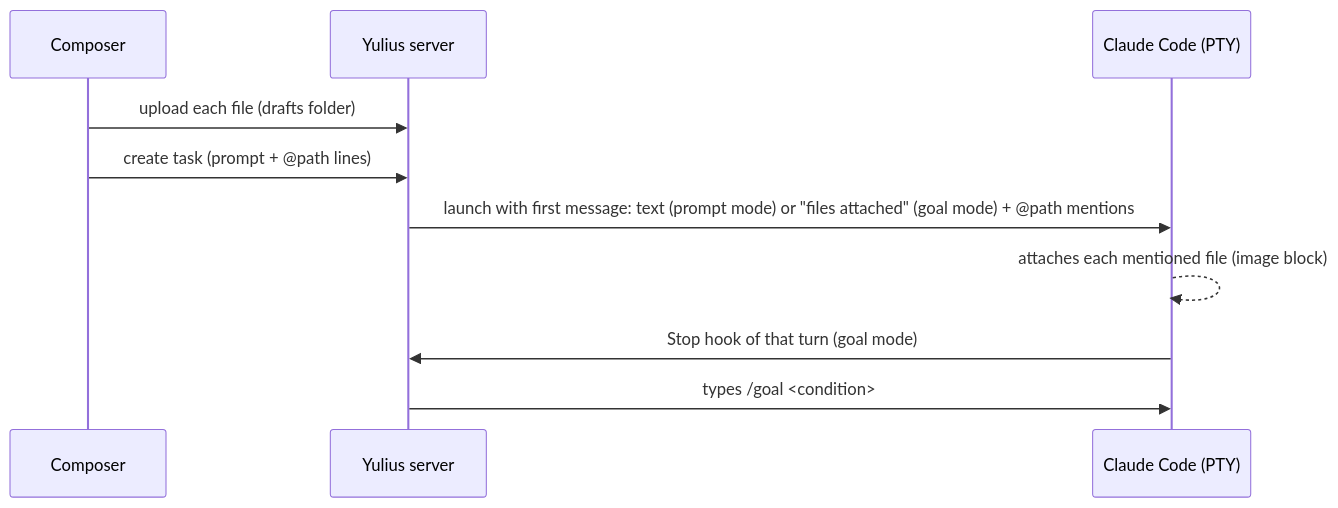
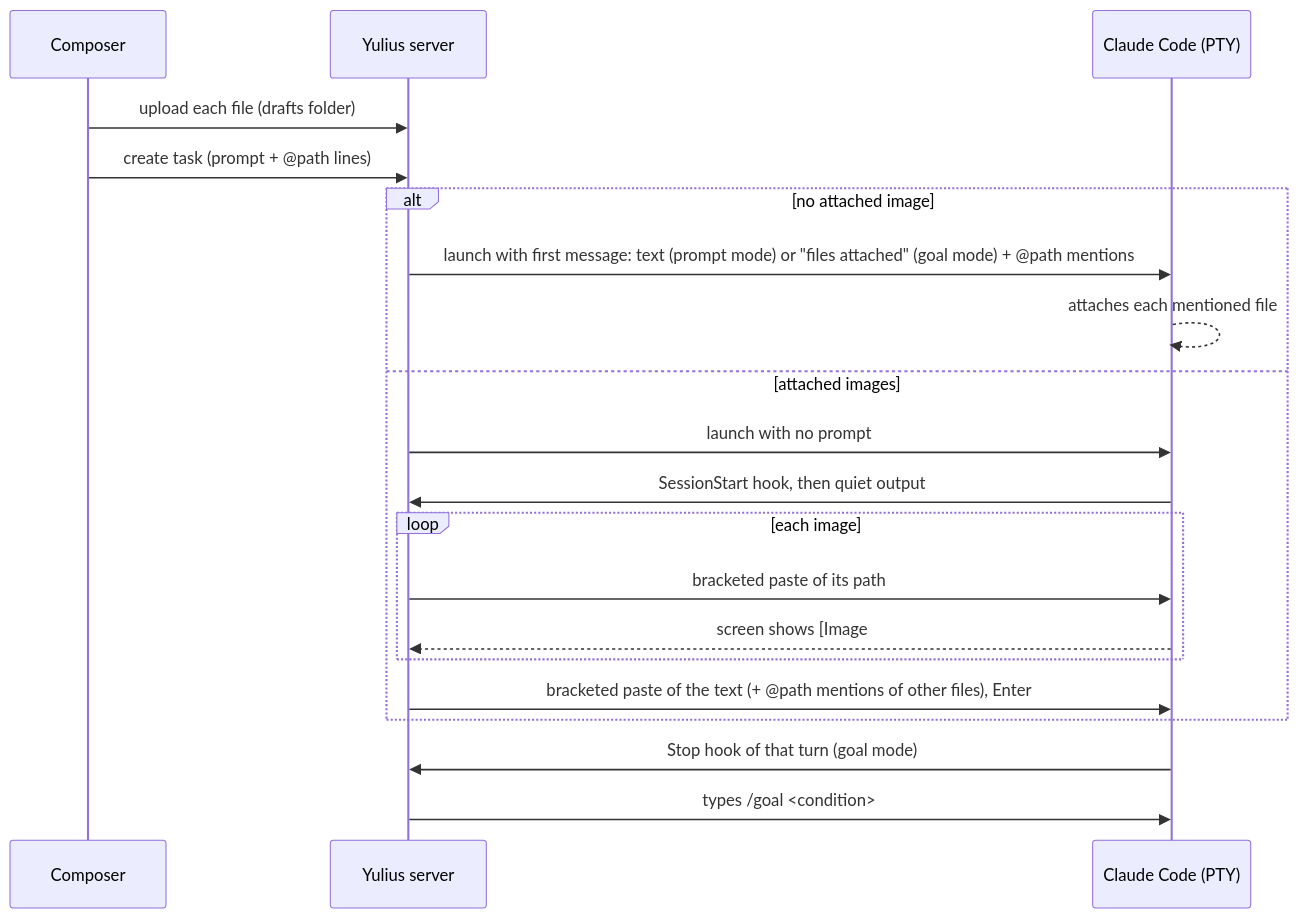
Before and after one commit to Quartio-Studio/yulius: the third of 6 diagrams in docs/architecture.md, drawn with Mermaid. The commit also changed other lines of this file and 11 other files, not shown here.

````diff
--- a/docs/architecture.md
+++ b/docs/architecture.md
@@ -88,12 +94,22 @@
 ```mermaid
 sequenceDiagram
     participant UI as Composer
     participant S as Yulius server
     participant C as Claude Code (PTY)
     UI->>S: upload each file (drafts folder)
     UI->>S: create task (prompt + @path lines)
-    S->>C: launch with first message: text (prompt mode) or "files attached" (goal mode) + @path mentions
-    C-->>C: attaches each mentioned file (image block)
+    alt no attached image
+        S->>C: launch with first message: text (prompt mode) or "files attached" (goal mode) + @path mentions
+        C-->>C: attaches each mentioned file
+    else attached images
+        S->>C: launch with no prompt
+        C->>S: SessionStart hook, then quiet output
+        loop each image
+            S->>C: bracketed paste of its path
+            C-->>S: screen shows [Image #N]
+        end
+        S->>C: bracketed paste of the text (+ @path mentions of other files), Enter
+    end
     C->>S: Stop hook of that turn (goal mode)
     S->>C: types /goal <condition>
 ```
````
